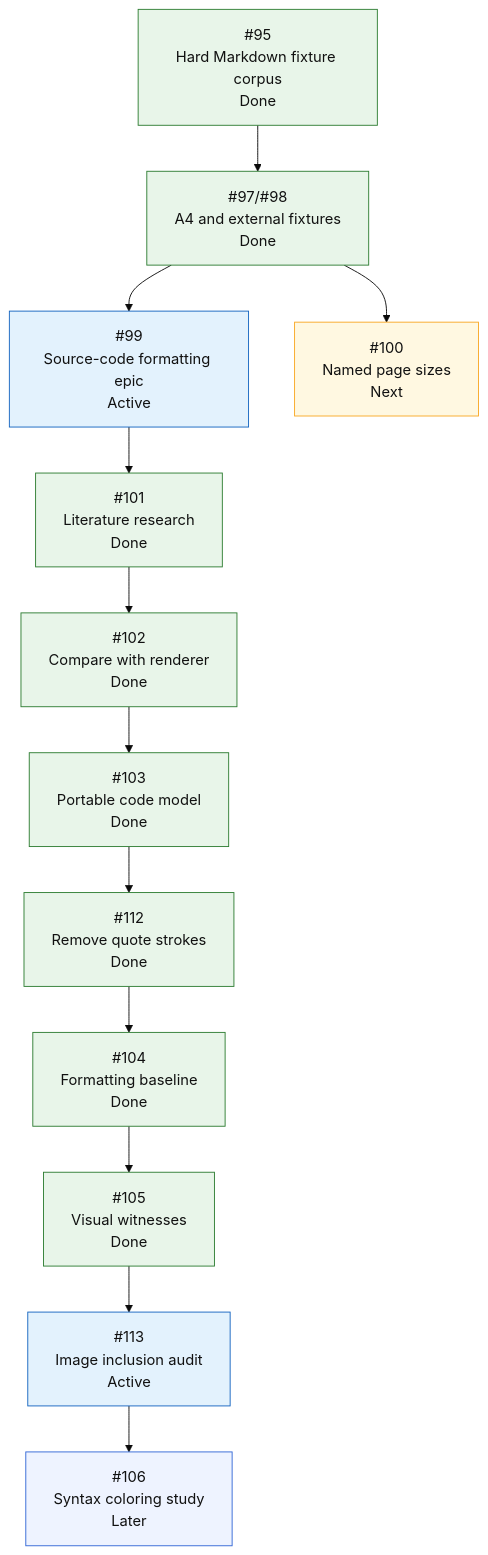
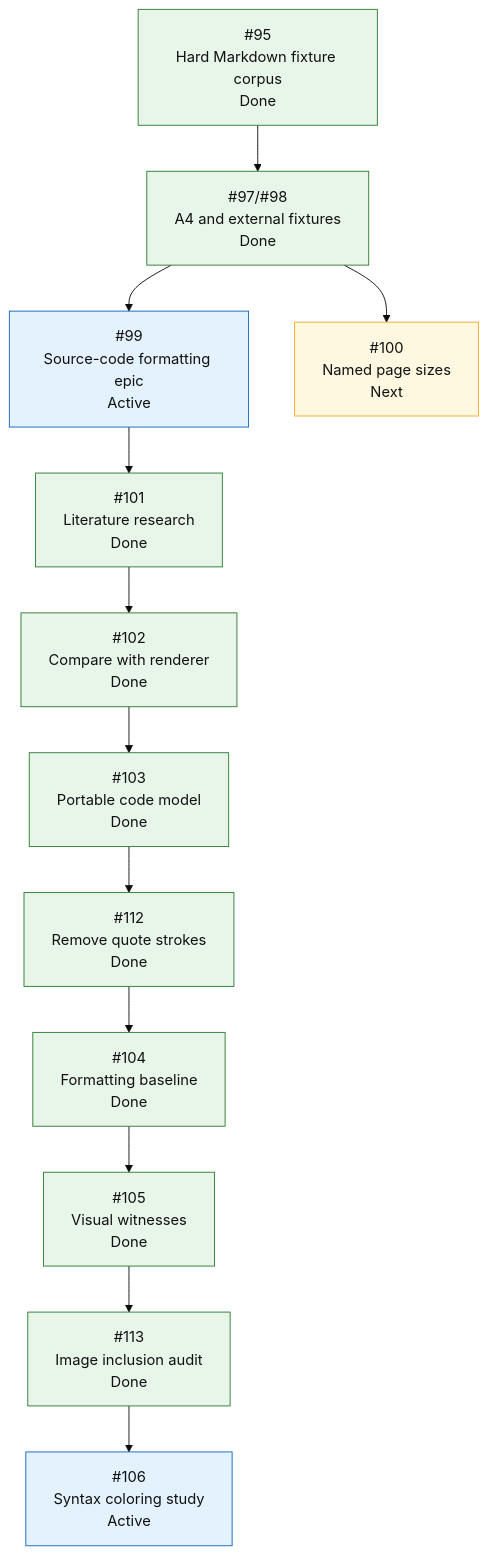
Before and after one commit to mihaelamj/MarkdownPDF: the fifth of 5 diagrams in README.md, drawn with Mermaid (base theme).

Commit message:
docs(roadmap): advance syntax coloring

````diff
--- a/README.md
+++ b/README.md
@@ -419,32 +419,31 @@
 ```mermaid
 flowchart TD
     H0["#95<br/>Hard Markdown fixture corpus<br/>Done"]
     H1["#97/#98<br/>A4 and external fixtures<br/>Done"]
     H2["#99<br/>Source-code formatting epic<br/>Active"]
     H2A["#101<br/>Literature research<br/>Done"]
     H2B["#102<br/>Compare with renderer<br/>Done"]
     H2C["#103<br/>Portable code model<br/>Done"]
     H2D["#112<br/>Remove quote strokes<br/>Done"]
     H2E["#104<br/>Formatting baseline<br/>Done"]
     H2F["#105<br/>Visual witnesses<br/>Done"]
-    H2G["#113<br/>Image inclusion audit<br/>Active"]
-    H2H["#106<br/>Syntax coloring study<br/>Later"]
+    H2G["#113<br/>Image inclusion audit<br/>Done"]
+    H2H["#106<br/>Syntax coloring study<br/>Active"]
     H3["#100<br/>Named page sizes<br/>Next"]
 
     H0 --> H1
     H1 --> H2
     H2 --> H2A --> H2B --> H2C --> H2D --> H2E --> H2F --> H2G --> H2H
     H1 --> H3
 
     classDef done fill:#e8f5e9,stroke:#2e7d32,color:#111;
     classDef active fill:#e3f2fd,stroke:#1565c0,color:#111;
     classDef review fill:#f3e5f5,stroke:#7b1fa2,color:#111;
     classDef next fill:#fff8e1,stroke:#f9a825,color:#111;
     classDef todo fill:#eef3ff,stroke:#3367d6,color:#111;
     class H0 done;
     class H1 done;
-    class H2,H2G active;
-    class H2A,H2B,H2C,H2D,H2E,H2F done;
-    class H2H todo;
+    class H2,H2H active;
+    class H2A,H2B,H2C,H2D,H2E,H2F,H2G done;
     class H3 next;
 ```
````
